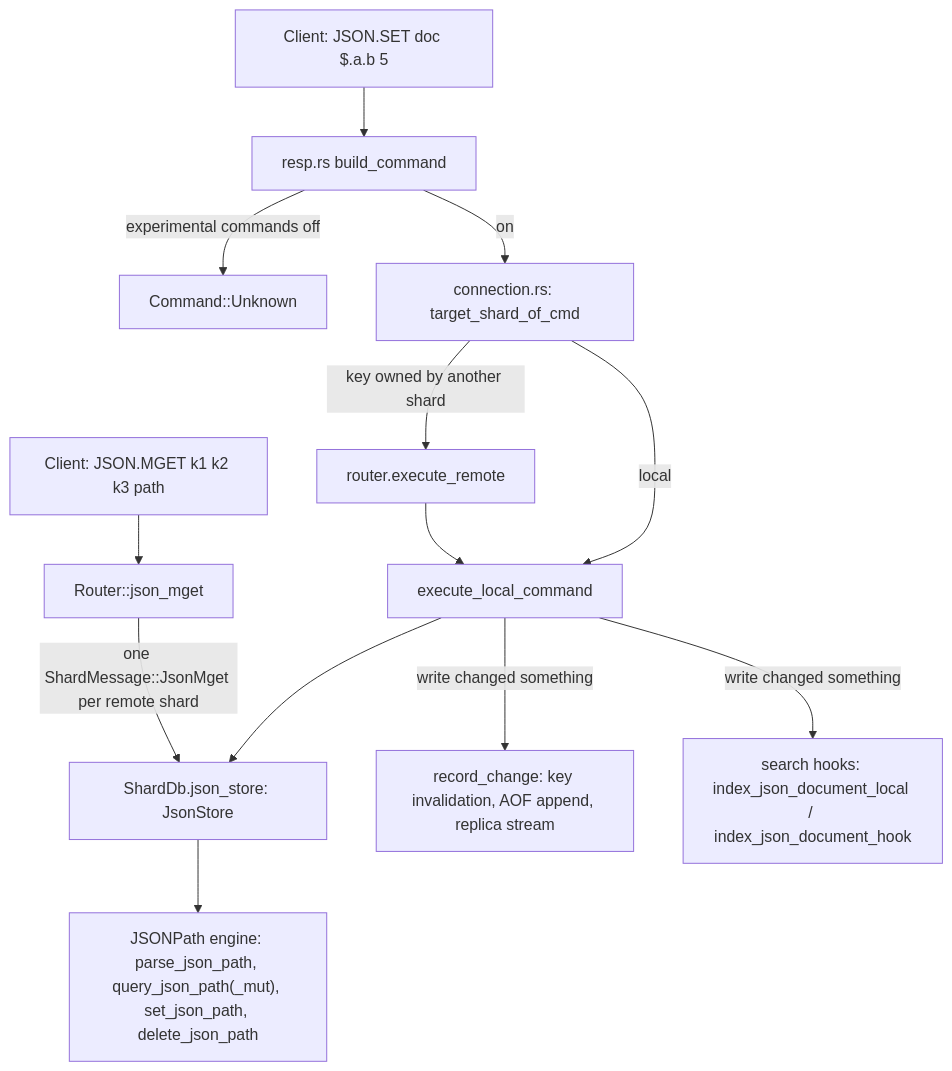
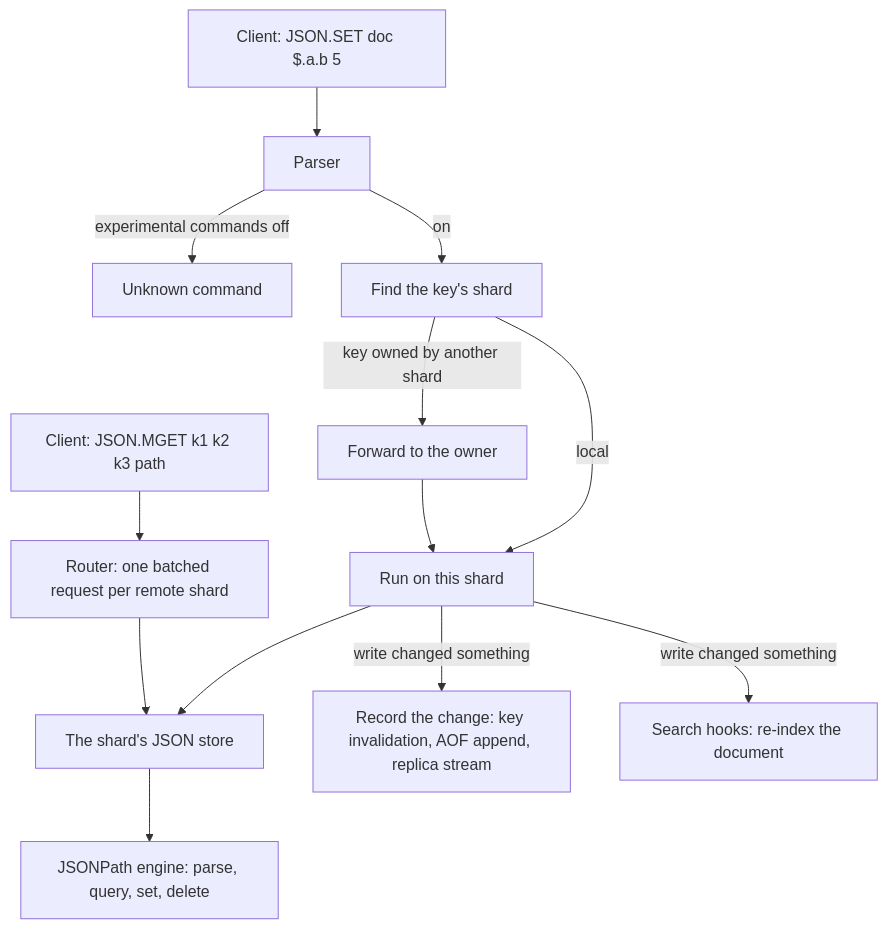
One commit to warrenzhu25/rudis changed the diagram in docs/internal/16_json_store.md. Above: the diagram before and after it, drawn with Mermaid. The commit also changed other lines of this file, not shown here.

First line of the commit message:
docs(internal): rewrite JSON store guide in the prose-first style

````diff
--- a/docs/internal/16_json_store.md
+++ b/docs/internal/16_json_store.md
@@ -35,15 +37,15 @@
 ```mermaid
 flowchart TD
-    C["Client: JSON.SET doc $.a.b 5"] --> P["resp.rs build_command"]
-    P -->|"experimental commands off"| U["Command::Unknown"]
-    P -->|"on"| R["connection.rs: target_shard_of_cmd"]
-    R -->|"key owned by another shard"| X["router.execute_remote"]
-    R -->|"local"| E["execute_local_command"]
+    C["Client: JSON.SET doc $.a.b 5"] --> P["Parser"]
+    P -->|"experimental commands off"| U["Unknown command"]
+    P -->|"on"| R["Find the key's shard"]
+    R -->|"key owned by another shard"| X["Forward to the owner"]
+    R -->|"local"| E["Run on this shard"]
     X --> E
-    E --> S["ShardDb.json_store: JsonStore"]
-    S --> J["JSONPath engine: parse_json_path, query_json_path(_mut), set_json_path, delete_json_path"]
-    E -->|"write changed something"| L["record_change: key invalidation, AOF append, replica stream"]
-    E -->|"write changed something"| I["search hooks: index_json_document_local / index_json_document_hook"]
-    M["Client: JSON.MGET k1 k2 k3 path"] --> RM["Router::json_mget"]
-    RM -->|"one ShardMessage::JsonMget per remote shard"| S
+    E --> S["The shard's JSON store"]
+    S --> J["JSONPath engine: parse, query, set, delete"]
+    E -->|"write changed something"| L["Record the change: key invalidation, AOF append, replica stream"]
+    E -->|"write changed something"| I["Search hooks: re-index the document"]
+    M["Client: JSON.MGET k1 k2 k3 path"] --> RM["Router: one batched request per remote shard"]
+    RM --> S
 ```
````
